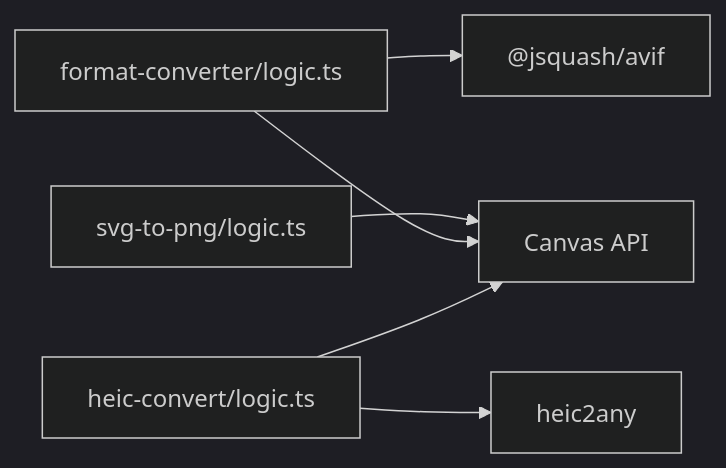
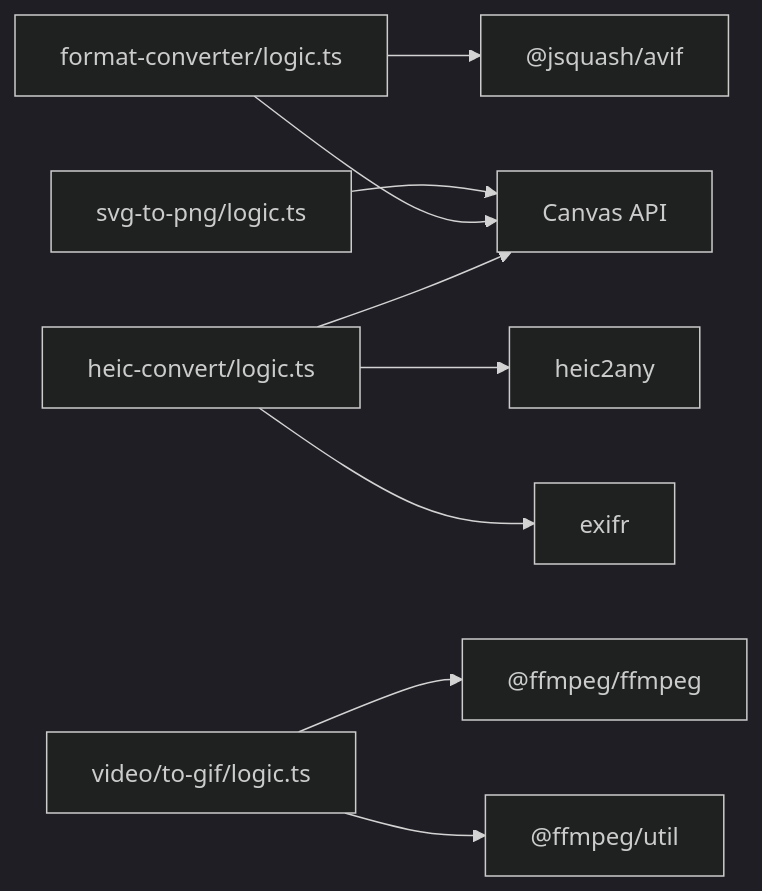
Before and after one commit to sgyy/privadeck: the seventh of 7 diagrams in .qoder/repowiki/zh/content/图像工具/专用转换.md, drawn with Mermaid (dark theme). The commit also changed other lines of this file and 5 other files, not shown here.

First line of the commit message:
feat(heic): 重构HEIC转换工具，支持EXIF解析和图像编辑

````diff
--- a/.qoder/repowiki/zh/content/图像工具/专用转换.md
+++ b/.qoder/repowiki/zh/content/图像工具/专用转换.md
@@ -252,8 +347,11 @@
 ```mermaid
 graph LR
 FC["format-converter/logic.ts"] --> JSQ["@jsquash/avif"]
 HEIC["heic-convert/logic.ts"] --> H2A["heic2any"]
+HEIC --> EXIFR["exifr"]
 SVG["svg-to-png/logic.ts"] --> CANVAS["Canvas API"]
 FC --> CANVAS
 HEIC --> CANVAS
+GIF["video/to-gif/logic.ts"] --> FFMPEG["@ffmpeg/ffmpeg"]
+GIF --> UTIL["@ffmpeg/util"]
 ```
````
